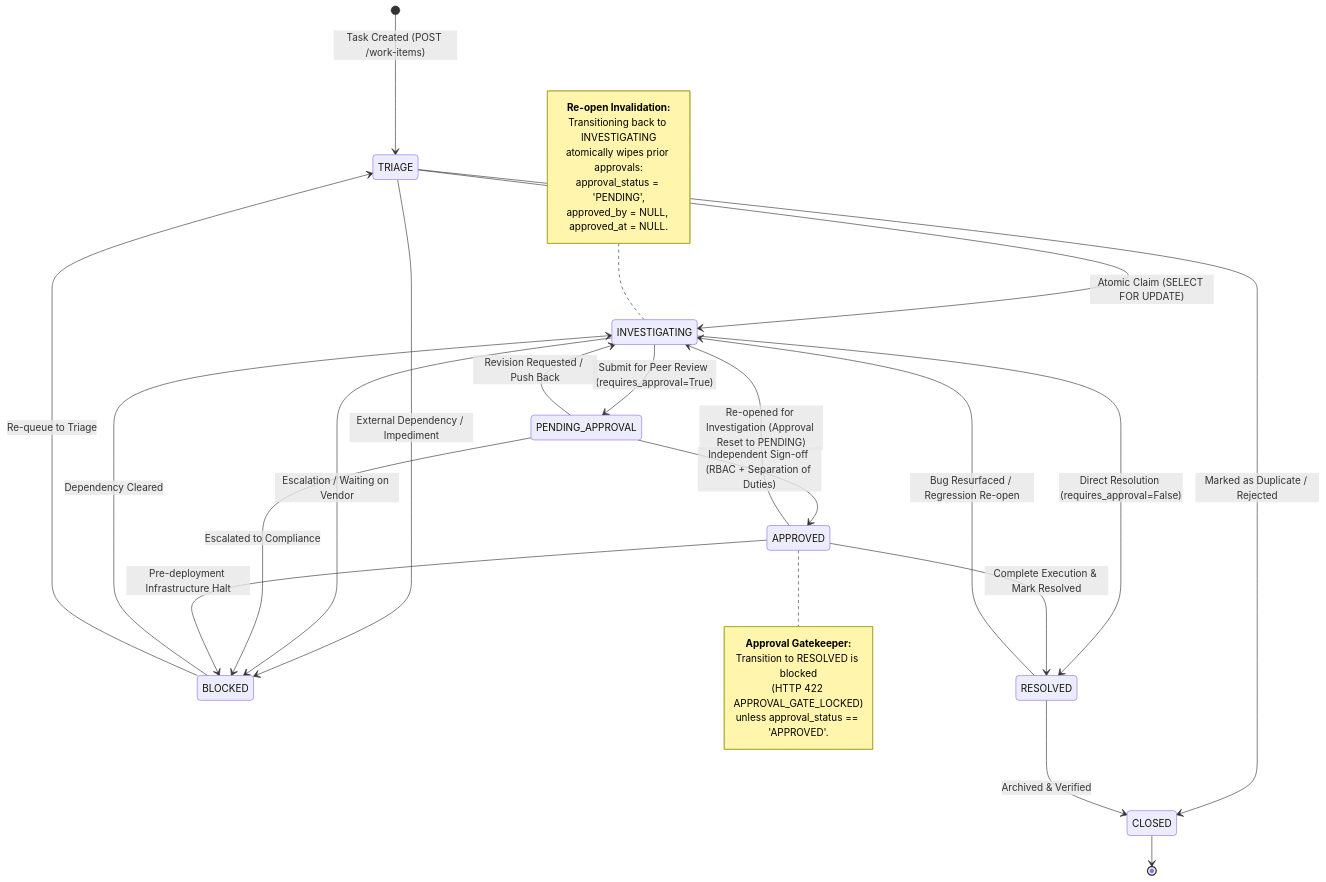
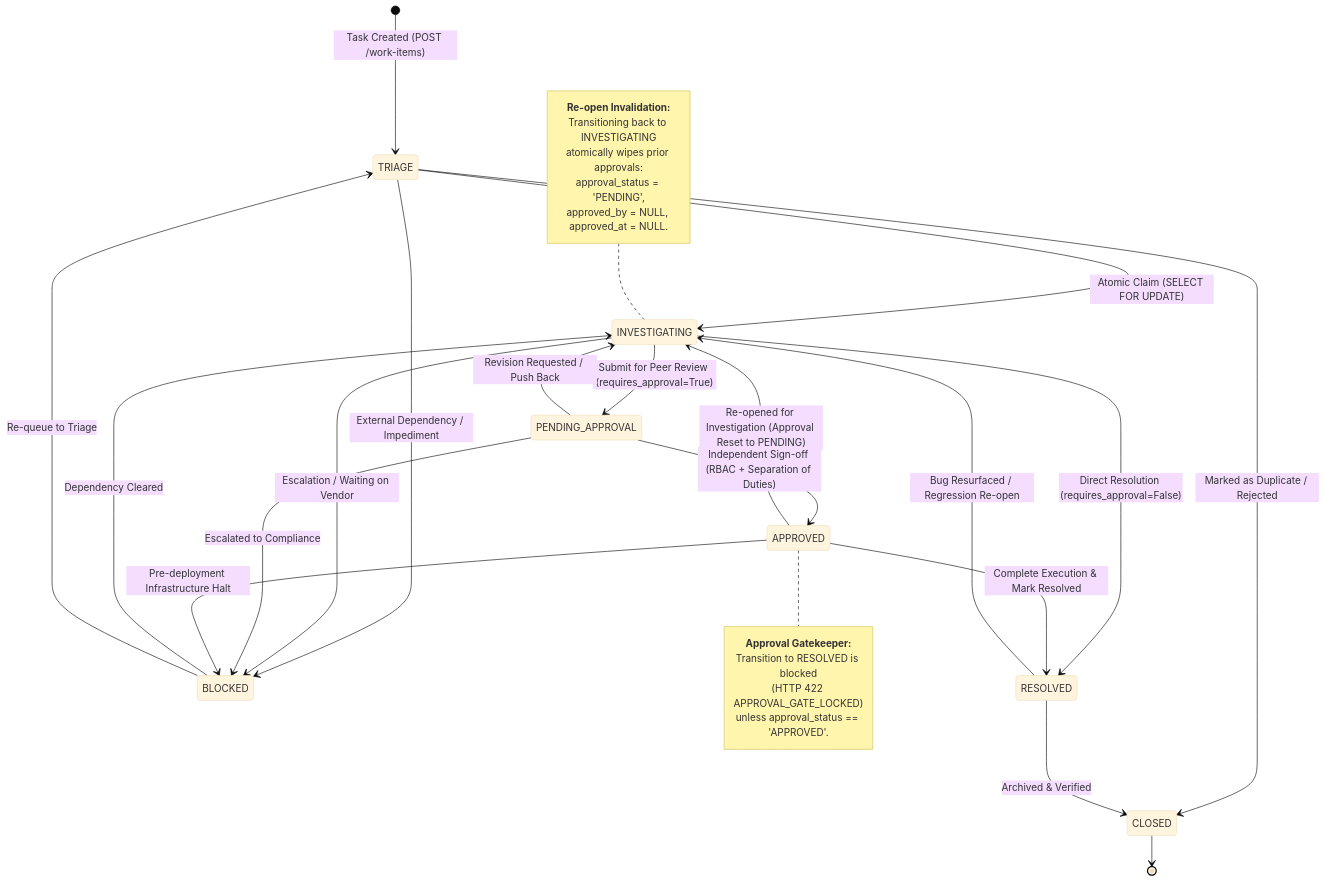
One commit to matrix-1407/OpsPulse-Newtonite changed the second of 6 diagrams in README.md. Above: the diagram before and after it, drawn with Mermaid. The commit also changed other lines of this file and 1 other file, not shown here.

Commit message:
docs: enlarge and optimize all Mermaid diagrams for high readability and visibility

````diff
--- a/README.md
+++ b/README.md
@@ -108,43 +99,52 @@
 ```mermaid
+%%{init: {
+  'theme': 'base',
+  'themeVariables': {
+    'fontSize': '16px',
+    'fontFamily': 'Inter, -apple-system, BlinkMacSystemFont, Segoe UI, Roboto, sans-serif'
+  }
+}}%%
 stateDiagram-v2
+    direction TB
+
     [*] --> TRIAGE : Task Created (POST /work-items)
     
     TRIAGE --> INVESTIGATING : Atomic Claim (SELECT FOR UPDATE)
     TRIAGE --> BLOCKED : External Dependency / Impediment
     TRIAGE --> CLOSED : Marked as Duplicate / Rejected
     
     INVESTIGATING --> PENDING_APPROVAL : Submit for Peer Review (requires_approval=True)
     INVESTIGATING --> RESOLVED : Direct Resolution (requires_approval=False)
     INVESTIGATING --> BLOCKED : Escalation / Waiting on Vendor
     
     PENDING_APPROVAL --> APPROVED : Independent Sign-off (RBAC + Separation of Duties)
     PENDING_APPROVAL --> INVESTIGATING : Revision Requested / Push Back
     PENDING_APPROVAL --> BLOCKED : Escalated to Compliance
     
     APPROVED --> RESOLVED : Complete Execution & Mark Resolved
     APPROVED --> INVESTIGATING : Re-opened for Investigation (Approval Reset to PENDING)
     APPROVED --> BLOCKED : Pre-deployment Infrastructure Halt
     
     BLOCKED --> INVESTIGATING : Dependency Cleared
     BLOCKED --> TRIAGE : Re-queue to Triage
     
     RESOLVED --> CLOSED : Archived & Verified
     RESOLVED --> INVESTIGATING : Bug Resurfaced / Regression Re-open
     
     CLOSED --> [*]
 
     note right of APPROVED
         <b>Approval Gatekeeper:</b>
         Transition to RESOLVED is blocked
         (HTTP 422 APPROVAL_GATE_LOCKED)
         unless approval_status == 'APPROVED'.
     end note
 
     note left of INVESTIGATING
         <b>Re-open Invalidation:</b>
         Transitioning back to INVESTIGATING
         atomically wipes prior approvals:
         approval_status = 'PENDING',
         approved_by = NULL, approved_at = NULL.
     end note
 ```
````
